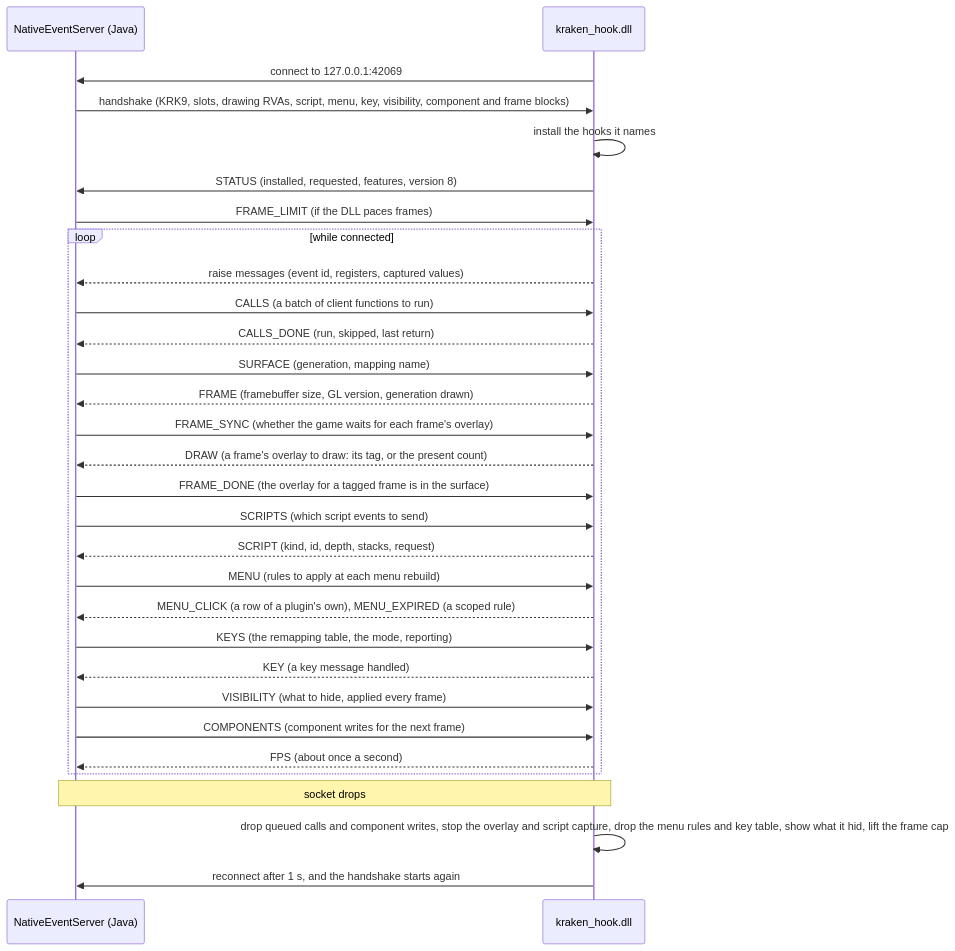
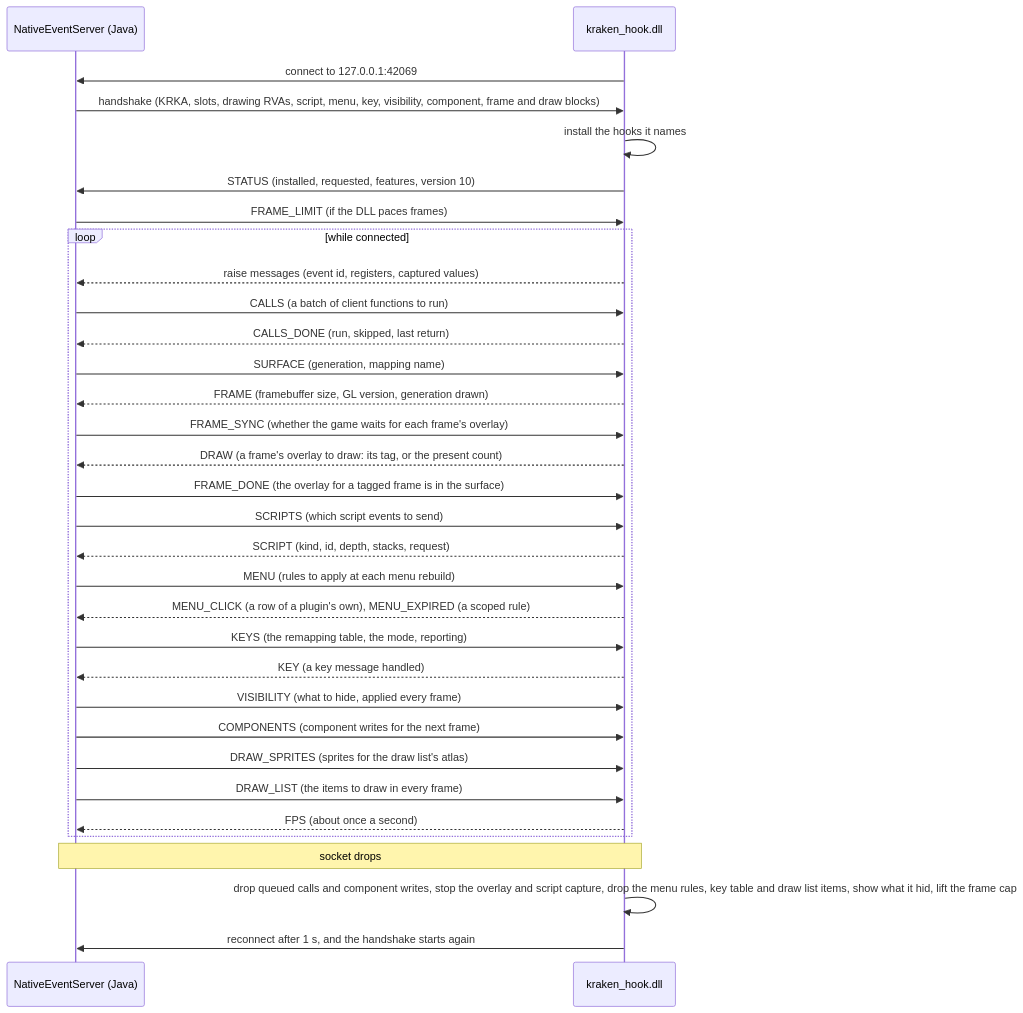
One commit to Kraken-Plugins/kraken-native changed the diagram in docs/developer/native-protocol.md. Above: the diagram before and after it, drawn with Mermaid. The commit also changed other lines of this file and 43 other files, not shown here.

````diff
--- a/docs/developer/native-protocol.md
+++ b/docs/developer/native-protocol.md
@@ -17,32 +18,34 @@
 ```mermaid
 sequenceDiagram
     participant J as NativeEventServer (Java)
     participant D as kraken_hook.dll
     D->>J: connect to 127.0.0.1:42069
-    J->>D: handshake (KRK9, slots, drawing RVAs, script, menu, key, visibility, component and frame blocks)
+    J->>D: handshake (KRKA, slots, drawing RVAs, script, menu, key, visibility, component, frame and draw blocks)
     D->>D: install the hooks it names
-    D->>J: STATUS (installed, requested, features, version 8)
+    D->>J: STATUS (installed, requested, features, version 10)
     J->>D: FRAME_LIMIT (if the DLL paces frames)
     loop while connected
         D-->>J: raise messages (event id, registers, captured values)
         J->>D: CALLS (a batch of client functions to run)
         D-->>J: CALLS_DONE (run, skipped, last return)
         J->>D: SURFACE (generation, mapping name)
         D-->>J: FRAME (framebuffer size, GL version, generation drawn)
         J->>D: FRAME_SYNC (whether the game waits for each frame's overlay)
         D-->>J: DRAW (a frame's overlay to draw: its tag, or the present count)
         J->>D: FRAME_DONE (the overlay for a tagged frame is in the surface)
         J->>D: SCRIPTS (which script events to send)
         D-->>J: SCRIPT (kind, id, depth, stacks, request)
         J->>D: MENU (rules to apply at each menu rebuild)
         D-->>J: MENU_CLICK (a row of a plugin's own), MENU_EXPIRED (a scoped rule)
         J->>D: KEYS (the remapping table, the mode, reporting)
         D-->>J: KEY (a key message handled)
         J->>D: VISIBILITY (what to hide, applied every frame)
         J->>D: COMPONENTS (component writes for the next frame)
+        J->>D: DRAW_SPRITES (sprites for the draw list's atlas)
+        J->>D: DRAW_LIST (the items to draw in every frame)
         D-->>J: FPS (about once a second)
     end
     Note over J,D: socket drops
-    D->>D: drop queued calls and component writes, stop the overlay and script capture, drop the menu rules and key table, show what it hid, lift the frame cap
+    D->>D: drop queued calls and component writes, stop the overlay and script capture, drop the menu rules, key table and draw list items, show what it hid, lift the frame cap
     D->>J: reconnect after 1 s, and the handshake starts again
 ```
````
